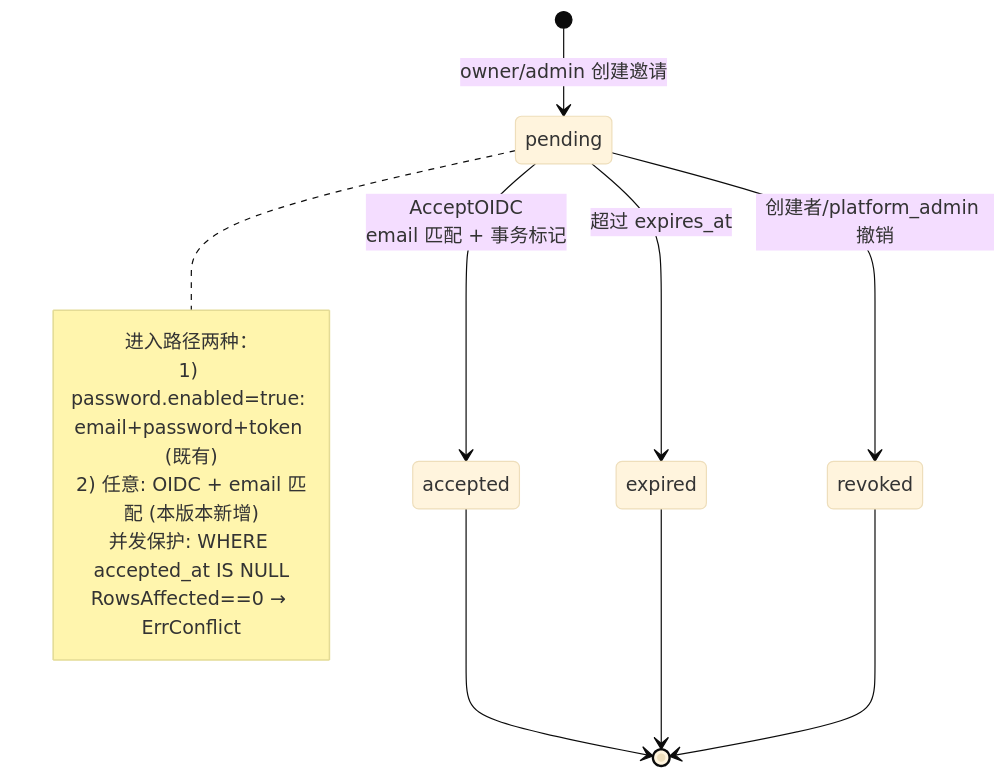
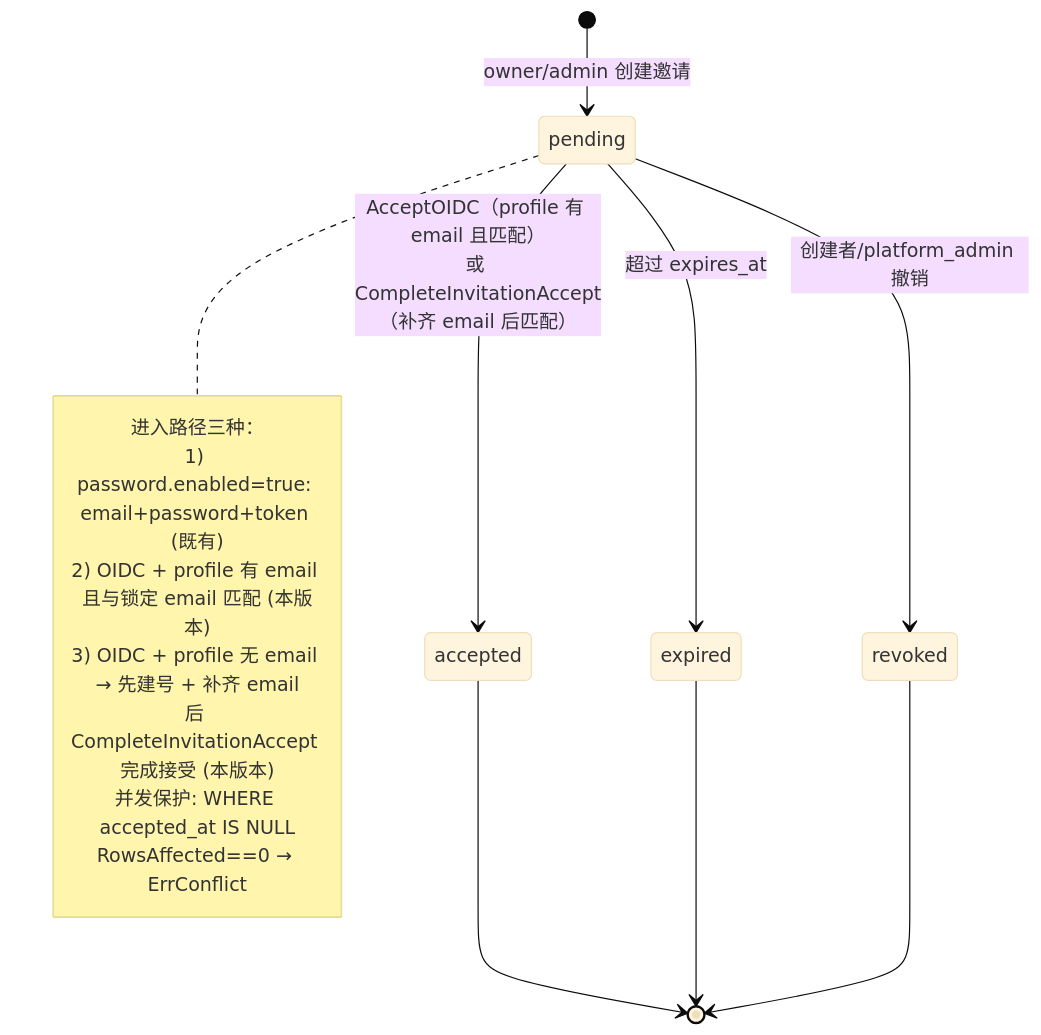
Before and after one commit to amoydavid/langhuan: the sixth of 7 diagrams in docs/superpowers/specs/2026-08-07-oidc-internal-idp-auth-design.md, drawn with Mermaid (base theme). The commit also changed other lines of this file and 18 other files, not shown here.

First line of the commit message:
feat(auth): OIDC 无 email 用户补齐资料流程（complete-profile）

````diff
--- a/docs/superpowers/specs/2026-08-07-oidc-internal-idp-auth-design.md
+++ b/docs/superpowers/specs/2026-08-07-oidc-internal-idp-auth-design.md
@@ -518,18 +550,20 @@
 ```mermaid
 stateDiagram-v2
     [*] --> pending : owner/admin 创建邀请
-    pending --> accepted : AcceptOIDC<br/>email 匹配 + 事务标记
+    pending --> accepted : AcceptOIDC（profile 有 email 且匹配）<br/>或 CompleteInvitationAccept（补齐 email 后匹配）
     pending --> expired : 超过 expires_at
     pending --> revoked : 创建者/platform_admin 撤销
     accepted --> [*]
     expired --> [*]
     revoked --> [*]
 
     note right of pending
-        进入路径两种：
+        进入路径三种：
         1) password.enabled=true: email+password+token (既有)
-        2) 任意: OIDC + email 匹配 (本版本新增)
+        2) OIDC + profile 有 email 且与锁定 email 匹配 (本版本)
+        3) OIDC + profile 无 email → 先建号 + 补齐 email
+           后 CompleteInvitationAccept 完成接受 (本版本)
         并发保护: WHERE accepted_at IS NULL
         RowsAffected==0 → ErrConflict
     end note
 ```
````
